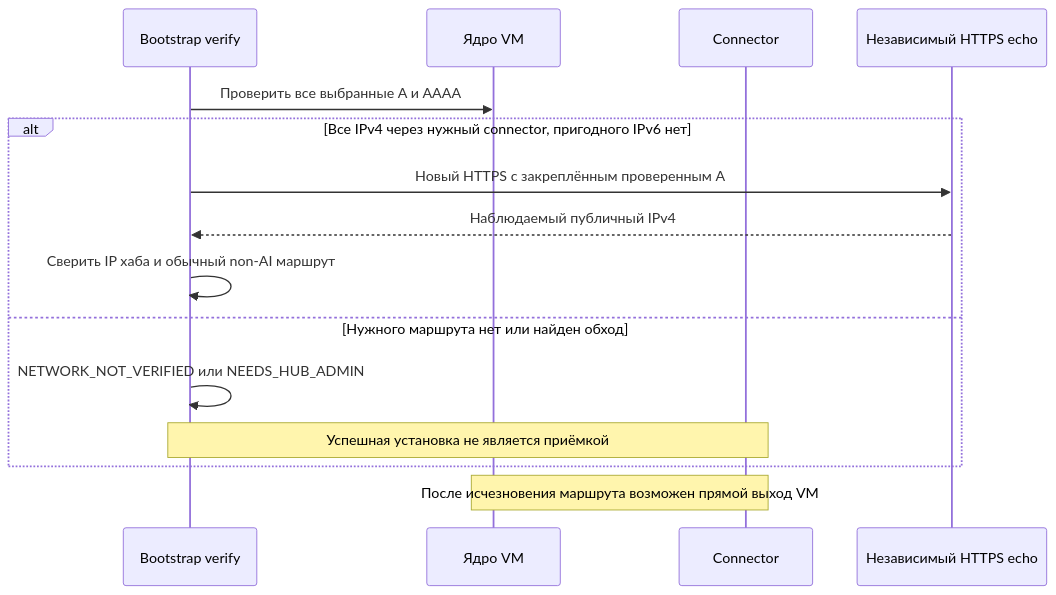
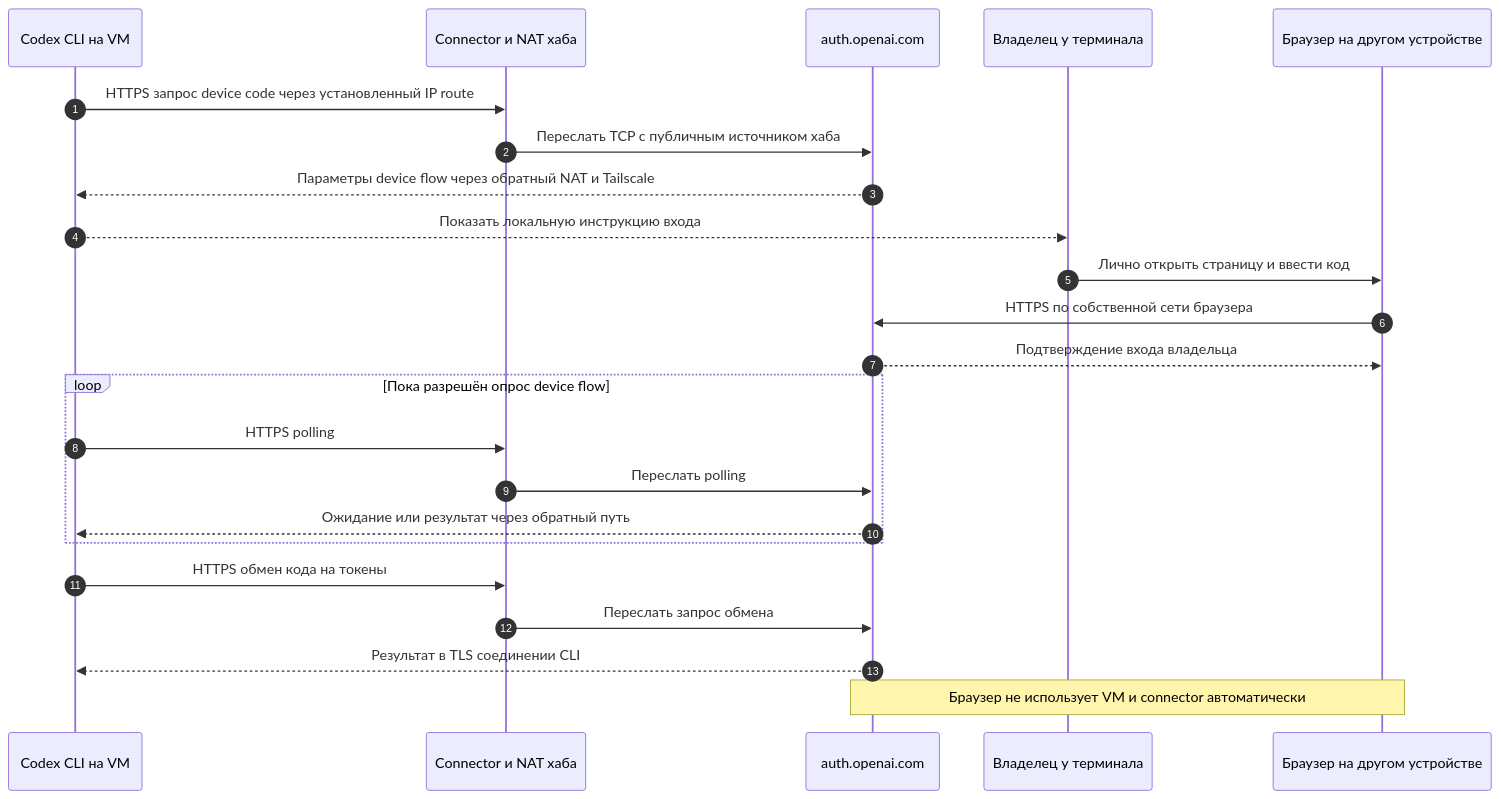
One commit to djd1m/tailscale-codex-bootstrap changed the second of 6 diagrams in docs/PACKET-FLOW.md. Above: the diagram before and after it, drawn with Mermaid. The commit also changed other lines of this file and 10 other files, not shown here.

Commit message:
docs: схемы egress, временный доступ и отзыв OAuth

````diff
--- a/docs/PACKET-FLOW.md
+++ b/docs/PACKET-FLOW.md
@@ -32,17 +87,25 @@
 ```mermaid
 sequenceDiagram
-    participant B as Bootstrap verify
-    participant K as Ядро VM
-    participant H as Connector
-    participant E as Независимый HTTPS echo
-    B->>K: Проверить все выбранные A и AAAA
-    alt Все IPv4 через нужный connector, пригодного IPv6 нет
-        B->>E: Новый HTTPS с закреплённым проверенным A
-        E-->>B: Наблюдаемый публичный IPv4
-        B->>B: Сверить IP хаба и обычный non-AI маршрут
-    else Нужного маршрута нет или найден обход
-        B->>B: NETWORK_NOT_VERIFIED или NEEDS_HUB_ADMIN
-        Note over B,H: Успешная установка не является приёмкой
+    autonumber
+    participant C as Codex CLI на VM
+    participant A as Connector и NAT хаба
+    participant P as auth.openai.com
+    participant H as Владелец у терминала
+    participant B as Браузер на другом устройстве
+    C->>A: HTTPS запрос device code через установленный IP route
+    A->>P: Переслать TCP с публичным источником хаба
+    P-->>C: Параметры device flow через обратный NAT и Tailscale
+    C-->>H: Показать локальную инструкцию входа
+    H->>B: Лично открыть страницу и ввести код
+    B->>P: HTTPS по собственной сети браузера
+    P-->>B: Подтверждение входа владельца
+    loop Пока разрешён опрос device flow
+        C->>A: HTTPS polling
+        A->>P: Переслать polling
+        P-->>C: Ожидание или результат через обратный путь
     end
-    Note over K,H: После исчезновения маршрута возможен прямой выход VM
+    C->>A: HTTPS обмен кода на токены
+    A->>P: Переслать запрос обмена
+    P-->>C: Результат в TLS соединении CLI
+    Note over B,P: Браузер не использует VM и connector автоматически
 ```
````
